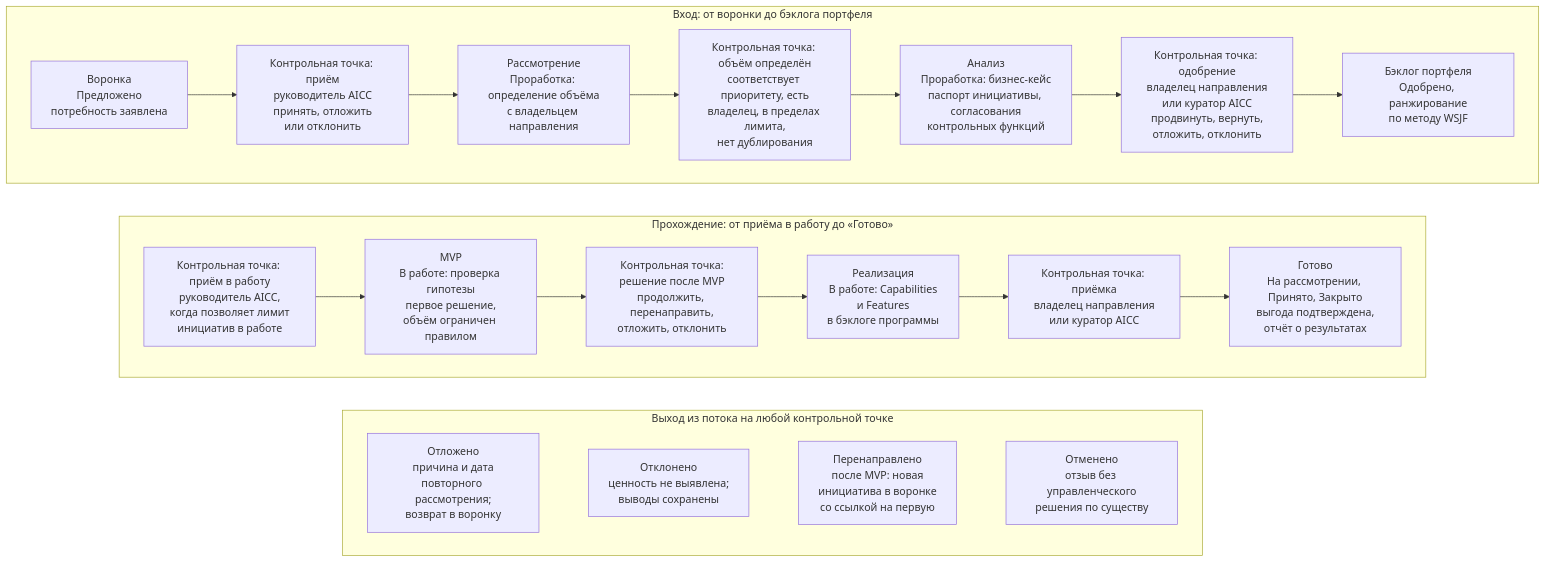
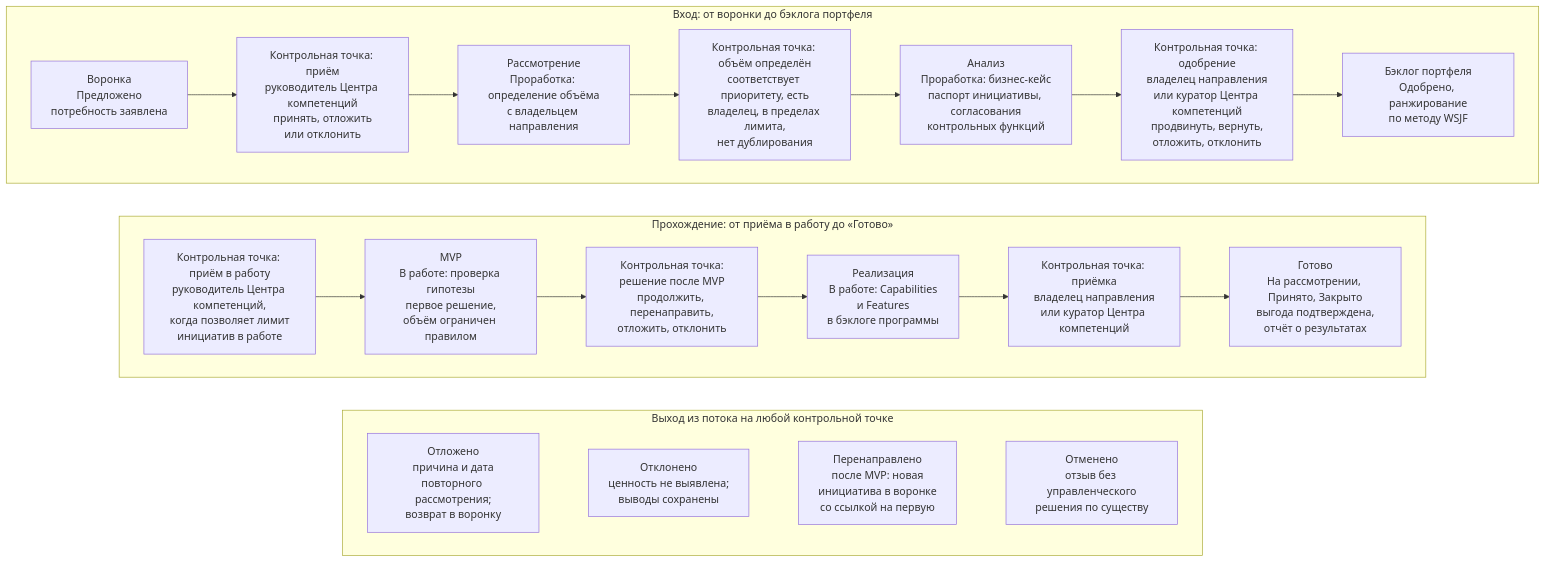
Before and after one commit to devhogu/ob-aicc: the diagram in portal/content/ru/portfolio/the-flow.md, drawn with Mermaid. The commit also changed other lines of this file and 1149 other files, not shown here.

````diff
--- a/portal/content/ru/portfolio/the-flow.md
+++ b/portal/content/ru/portfolio/the-flow.md
@@ -15,26 +15,26 @@
 ```mermaid
 flowchart TB
   subgraph ROW1["Вход: от воронки до бэклога портфеля"]
     direction LR
-    FU["Воронка<br/>Предложено<br/>потребность заявлена"] --> G1["Контрольная точка: приём<br/>руководитель AICC<br/>принять, отложить<br/>или отклонить"]
+    FU["Воронка<br/>Предложено<br/>потребность заявлена"] --> G1["Контрольная точка: приём<br/>руководитель Центра компетенций<br/>принять, отложить<br/>или отклонить"]
     G1 --> RV["Рассмотрение<br/>Проработка: определение объёма<br/>с владельцем направления"]
     RV --> G2["Контрольная точка: объём определён<br/>соответствует приоритету, есть<br/>владелец, в пределах лимита,<br/>нет дублирования"]
     G2 --> AN["Анализ<br/>Проработка: бизнес-кейс<br/>паспорт инициативы, согласования<br/>контрольных функций"]
-    AN --> G3["Контрольная точка: одобрение<br/>владелец направления<br/>или куратор AICC<br/>продвинуть, вернуть,<br/>отложить, отклонить"]
+    AN --> G3["Контрольная точка: одобрение<br/>владелец направления<br/>или куратор Центра компетенций<br/>продвинуть, вернуть,<br/>отложить, отклонить"]
     G3 --> PB["Бэклог портфеля<br/>Одобрено, ранжирование<br/>по методу WSJF"]
   end
   subgraph ROW2["Прохождение: от приёма в работу до «Готово»"]
     direction LR
-    G4["Контрольная точка: приём в работу<br/>руководитель AICC,<br/>когда позволяет лимит<br/>инициатив в работе"] --> MV["MVP<br/>В работе: проверка гипотезы<br/>первое решение,<br/>объём ограничен правилом"]
+    G4["Контрольная точка: приём в работу<br/>руководитель Центра компетенций,<br/>когда позволяет лимит<br/>инициатив в работе"] --> MV["MVP<br/>В работе: проверка гипотезы<br/>первое решение,<br/>объём ограничен правилом"]
     MV --> G5["Контрольная точка:<br/>решение после MVP<br/>продолжить, перенаправить,<br/>отложить, отклонить"]
     G5 --> IM["Реализация<br/>В работе: Capabilities<br/>и Features<br/>в бэклоге программы"]
-    IM --> G6["Контрольная точка: приёмка<br/>владелец направления<br/>или куратор AICC"]
+    IM --> G6["Контрольная точка: приёмка<br/>владелец направления<br/>или куратор Центра компетенций"]
     G6 --> DN["Готово<br/>На рассмотрении, Принято, Закрыто<br/>выгода подтверждена,<br/>отчёт о результатах"]
   end
   subgraph ROW3["Выход из потока на любой контрольной точке"]
     direction LR
     DF["Отложено<br/>причина и дата<br/>повторного рассмотрения;<br/>возврат в воронку"] ~~~ RJ["Отклонено<br/>ценность не выявлена;<br/>выводы сохранены"] ~~~ PV["Перенаправлено<br/>после MVP: новая<br/>инициатива в воронке<br/>со ссылкой на первую"] ~~~ CN["Отменено<br/>отзыв без управленческого<br/>решения по существу"]
   end
   ROW1 ~~~ ROW2
   ROW2 ~~~ ROW3
 ```
````
